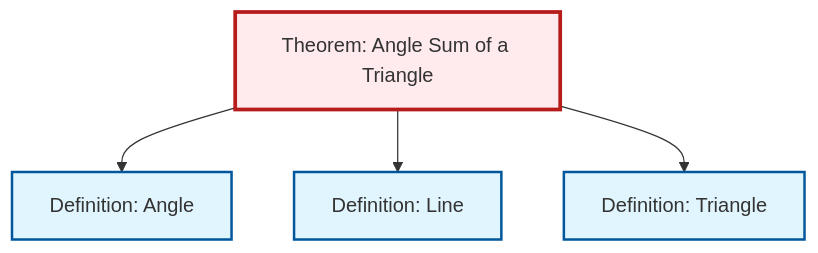
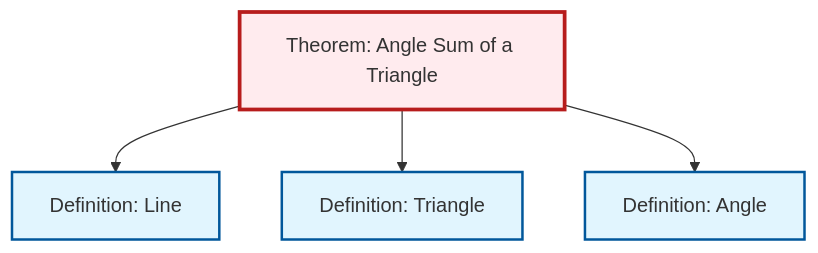
One commit to RK0429/ModernMath changed the diagram in output/mermaid/thm-angle-sum-triangle.mermaid. Above: the diagram before and after it, drawn with Mermaid. The commit also changed other lines of this file and 497 other files, not shown here.

```diff
--- a/output/mermaid/thm-angle-sum-triangle.mermaid
+++ b/output/mermaid/thm-angle-sum-triangle.mermaid
@@ -1,15 +1,15 @@
 %%| fig-cap: "Local dependency graph"
 graph TD
     classDef definition fill:#e1f5fe,stroke:#01579b,stroke-width:2px
     classDef theorem fill:#f3e5f5,stroke:#4a148c,stroke-width:2px
     classDef axiom fill:#fff3e0,stroke:#e65100,stroke-width:2px
     classDef example fill:#e8f5e9,stroke:#1b5e20,stroke-width:2px
     classDef current fill:#ffebee,stroke:#b71c1c,stroke-width:3px
+    def-angle["Definition: Angle"]:::definition
     thm-angle-sum-triangle["Theorem: Angle Sum of a Triangle"]:::theorem
     def-line["Definition: Line"]:::definition
-    def-angle["Definition: Angle"]:::definition
     def-triangle["Definition: Triangle"]:::definition
-    thm-angle-sum-triangle --> def-angle
     thm-angle-sum-triangle --> def-line
     thm-angle-sum-triangle --> def-triangle
+    thm-angle-sum-triangle --> def-angle
     class thm-angle-sum-triangle current
```
